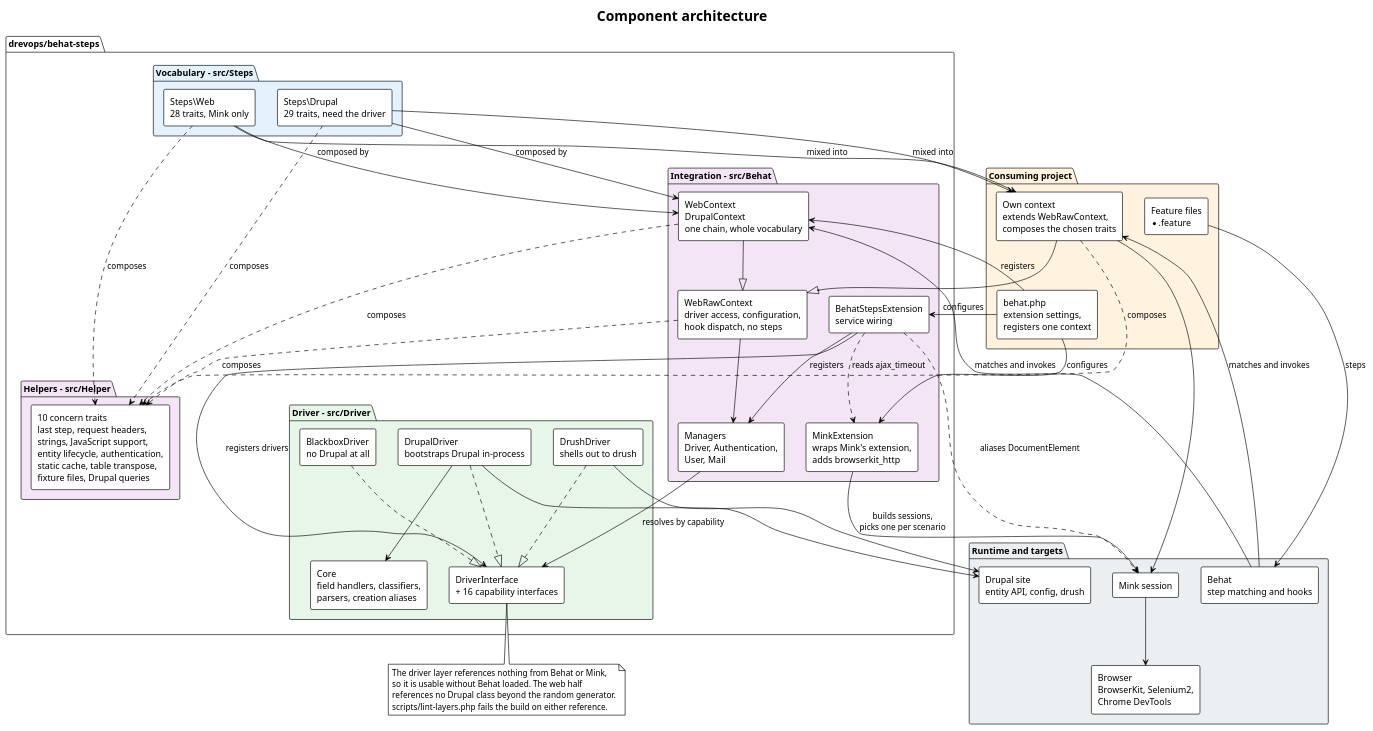
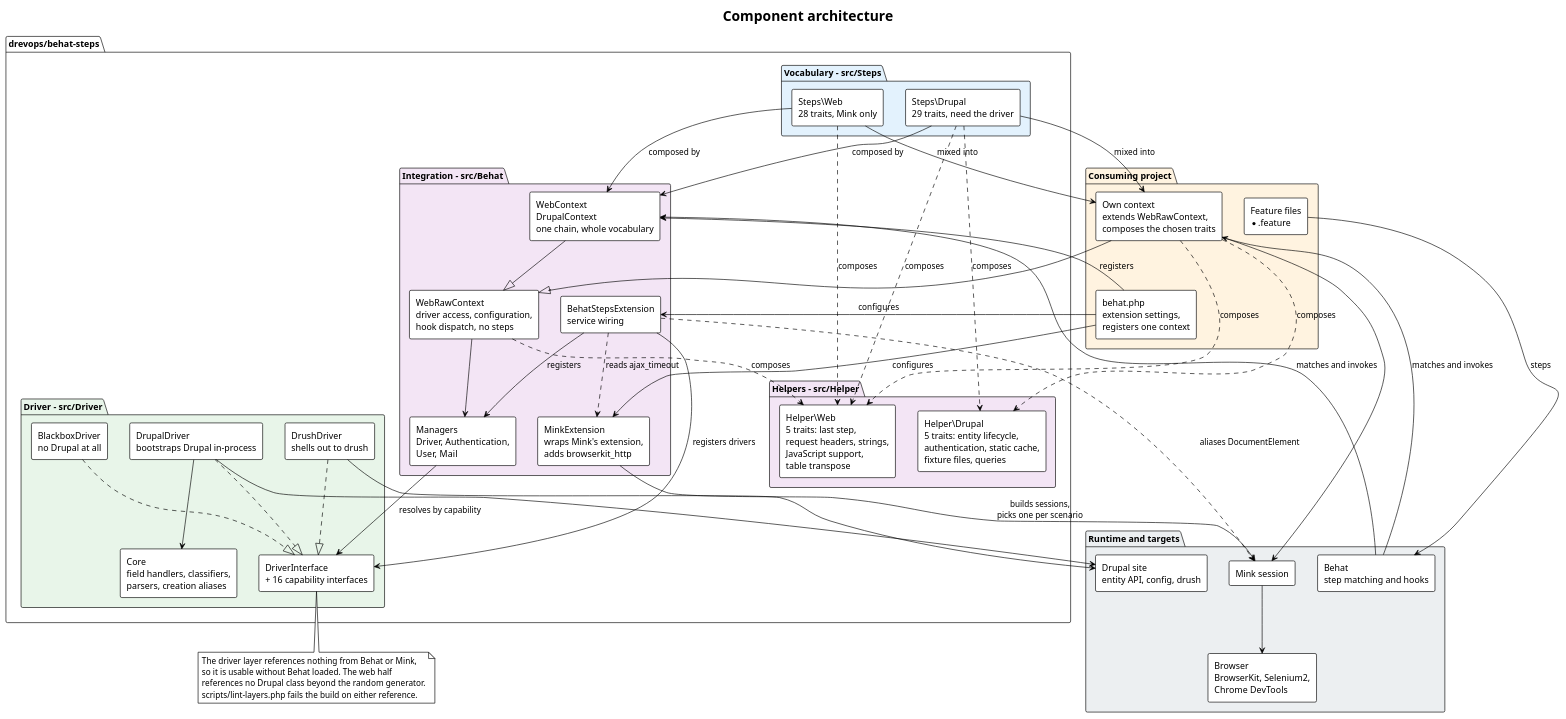
The diagram in docs/architecture/architecture.puml (drevops/behat-steps), drawn with PlantUML before and after one commit. The commit also changed 9 other files, not shown here.

First line of the commit message:
[#836] Retraced the migration guide and the architecture docs onto the helper split.

```diff
--- a/docs/architecture/architecture.puml
+++ b/docs/architecture/architecture.puml
@@ -1,102 +1,105 @@
 @startuml
 ' drevops/behat-steps - layered component architecture.
-' Traced from composer.json, src/Steps/, src/Helper/, src/Behat/, src/Driver/,
+' Traced from composer.json, src/Steps/, src/Helper/Web/, src/Helper/Drupal/,
+' src/Behat/, src/Driver/,
 ' behat.php, scripts/lint-layers.php.
 ' Regenerate every SVG with:  plantuml -tsvg docs/architecture/*.puml
 !theme plain
 skinparam backgroundColor white
 skinparam defaultFontName Helvetica
 skinparam shadowing false
 skinparam componentStyle rectangle
 title Component architecture
 
 package "Consuming project" #FFF3E0 {
   component "Feature files\n*.feature" as Features
   component "behat.php\nextension settings,\nregisters one context" as Config
   component "Own context\nextends WebRawContext,\ncomposes the chosen traits" as Consumer
 }
 
 package "drevops/behat-steps" {
 
   package "Vocabulary - src/Steps" #E3F2FD {
     component "Steps\\Web\n28 traits, Mink only" as WebSteps
     component "Steps\\Drupal\n29 traits, need the driver" as DrupalSteps
   }
 
   package "Helpers - src/Helper" #F3E5F5 {
-    component "10 concern traits\nlast step, request headers,\nstrings, JavaScript support,\nentity lifecycle, authentication,\nstatic cache, table transpose,\nfixture files, Drupal queries" as Helpers
+    component "Helper\\Web\n5 traits: last step,\nrequest headers, strings,\nJavaScript support,\ntable transpose" as WebHelpers
+    component "Helper\\Drupal\n5 traits: entity lifecycle,\nauthentication, static cache,\nfixture files, queries" as DrupalHelpers
   }
 
   package "Integration - src/Behat" #F3E5F5 {
     component "BehatStepsExtension\nservice wiring" as Ext
     component "WebRawContext\ndriver access, configuration,\nhook dispatch, no steps" as WebRawCtx
     component "WebContext\nDrupalContext\none chain, whole vocabulary" as Vocabularies
     component "Managers\nDriver, Authentication,\nUser, Mail" as Managers
     component "MinkExtension\nwraps Mink's extension,\nadds browserkit_http" as MinkExt
   }
 
   package "Driver - src/Driver" #E8F5E9 {
     component "DriverInterface\n+ 16 capability interfaces" as DriverIface
     component "DrupalDriver\nbootstraps Drupal in-process" as DrupalDrv
     component "DrushDriver\nshells out to drush" as DrushDrv
     component "BlackboxDriver\nno Drupal at all" as BlackboxDrv
     component "Core\nfield handlers, classifiers,\nparsers, creation aliases" as Core
   }
 }
 
 package "Runtime and targets" #ECEFF1 {
   component "Behat\nstep matching and hooks" as Behat
   component "Mink session" as Mink
   component "Browser\nBrowserKit, Selenium2,\nChrome DevTools" as Browser
   component "Drupal site\nentity API, config, drush" as Site
 }
 
 Features --> Behat : steps
 Config --> Ext : configures
 Config --> MinkExt : configures
 Config --> Vocabularies : registers
 Behat --> Consumer : matches and invokes
 Behat --> Vocabularies : matches and invokes
 
 WebSteps --> Vocabularies : composed by
 DrupalSteps --> Vocabularies : composed by
 WebSteps --> Consumer : mixed into
 DrupalSteps --> Consumer : mixed into
-WebSteps ..> Helpers : composes
-DrupalSteps ..> Helpers : composes
-WebRawCtx ..> Helpers : composes
-Vocabularies ..> Helpers : composes
-Consumer ..> Helpers : composes
+WebSteps ..> WebHelpers : composes
+DrupalSteps ..> WebHelpers : composes
+DrupalSteps ..> DrupalHelpers : composes
+WebRawCtx ..> WebHelpers : composes
+Consumer ..> WebHelpers : composes
+Consumer ..> DrupalHelpers : composes
 
 Consumer --|> WebRawCtx
 Vocabularies --|> WebRawCtx
 Ext --> Managers : registers
 Ext --> DriverIface : registers drivers
 Ext ..> MinkExt : reads ajax_timeout
 Ext ..> Mink : aliases DocumentElement
 WebRawCtx --> Managers
 
 Managers --> DriverIface : resolves by capability
 DrupalDrv ..|> DriverIface
 DrushDrv ..|> DriverIface
 BlackboxDrv ..|> DriverIface
 DrupalDrv --> Core
 
 MinkExt --> Mink : builds sessions,\npicks one per scenario
 Consumer --> Mink
 Mink --> Browser
 DrupalDrv --> Site
 DrushDrv --> Site
 
 note bottom of DriverIface
   The driver layer references nothing from Behat or Mink,
   so it is usable without Behat loaded. The web half
   references no Drupal class beyond the random generator.
   scripts/lint-layers.php fails the build on either reference.
 end note
 
 Features -[hidden]down- Config
 WebSteps -[hidden]right- DrupalSteps
 DrupalDrv -[hidden]right- DrushDrv
 DrushDrv -[hidden]right- BlackboxDrv
 @enduml
```
